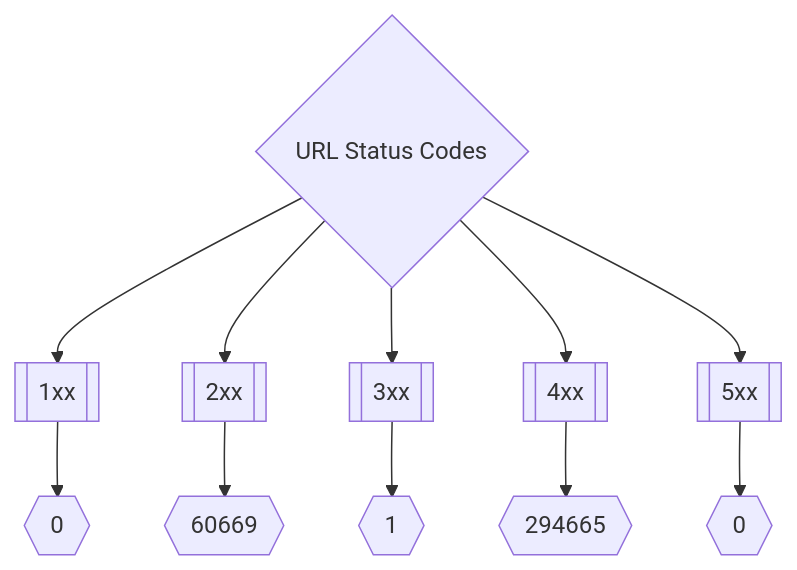
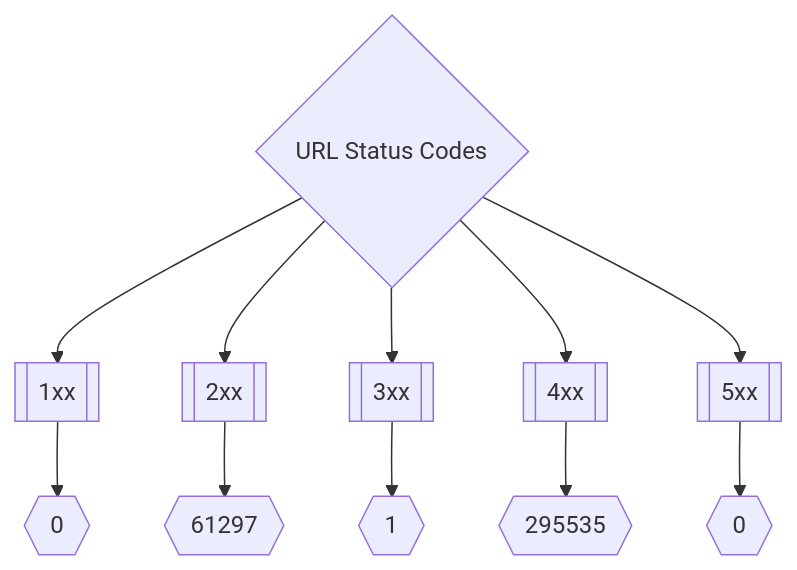
One commit to trickest/inventory changed the second of 3 diagrams in README.md. Above: the diagram before and after it, drawn with Mermaid. The commit also changed other lines of this file and 265 other files, not shown here.

````diff
--- a/README.md
+++ b/README.md
@@ -173,8 +173,8 @@
 ```mermaid
 graph TD
 title{URL Status Codes} --> 1xx[[1xx]] --> status1xxNum{{0}}
-title --> 2xx[[2xx]] --> status2xxNum{{60669}}
+title --> 2xx[[2xx]] --> status2xxNum{{61297}}
 title --> 3xx[[3xx]] --> status3xxNum{{1}}
-title --> 4xx[[4xx]] --> status4xxNum{{294665}}
+title --> 4xx[[4xx]] --> status4xxNum{{295535}}
 title --> 5xx[[5xx]] --> status5xxNum{{0}}
 ```
````
